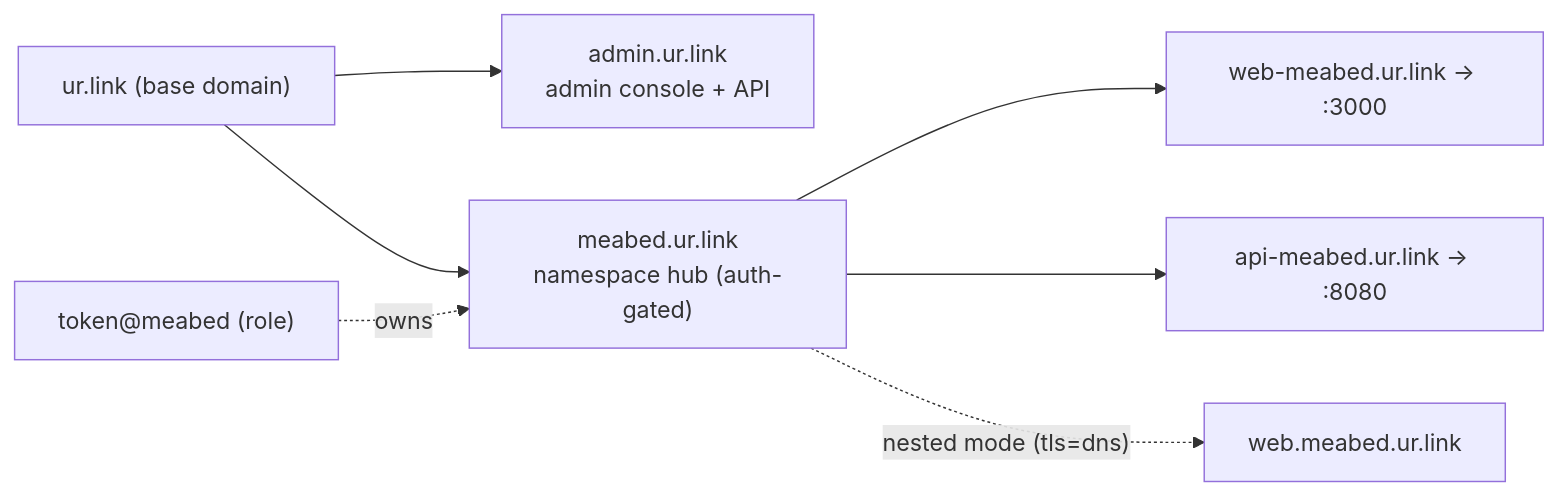
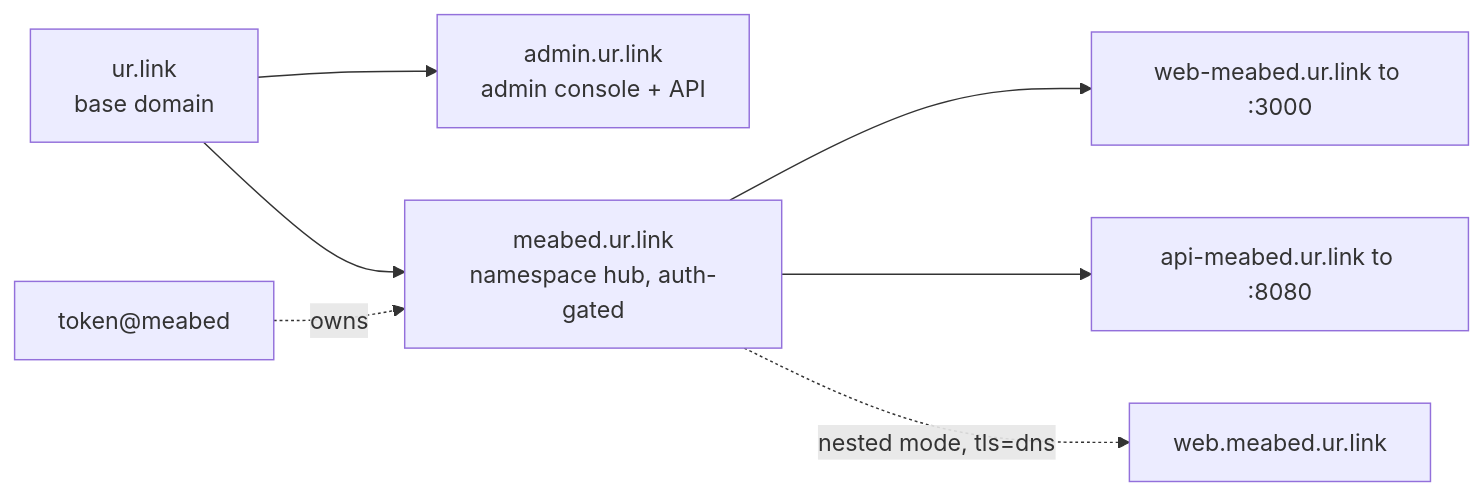
The diagram in docs/multi-tenant.md (ur-link/tunnel), drawn with Mermaid before and after one commit. The commit also changed 2 other files, not shown here.

Commit message:
docs: put one-command Get Started at top of README; fix all Mermaid
- README: 'Get started' (docker run server + npx expose) is now the first
  section after the tagline — copy-paste to running in two commands.
- Rewrote every Mermaid block with GitHub-safe syntax (dropped &lt;/&gt; entities,
  unicode arrows/minus/middot, and parenthetical subgraph/edge titles). All 8
  blocks now validate by rendering with mermaid-cli (mmdc).

````diff
--- a/docs/multi-tenant.md
+++ b/docs/multi-tenant.md
@@ -24,10 +24,10 @@
 ```mermaid
 flowchart LR
-  D["ur.link (base domain)"]
+  D["ur.link<br/>base domain"]
   D --> AD["admin.ur.link<br/>admin console + API"]
-  D --> HUB["meabed.ur.link<br/>namespace hub (auth-gated)"]
-  HUB --> S1["web-meabed.ur.link → :3000"]
-  HUB --> S2["api-meabed.ur.link → :8080"]
-  HUB -. "nested mode (tls=dns)" .-> N1["web.meabed.ur.link"]
-  T["token@meabed (role)"] -. owns .-> HUB
+  D --> HUB["meabed.ur.link<br/>namespace hub, auth-gated"]
+  HUB --> S1["web-meabed.ur.link to :3000"]
+  HUB --> S2["api-meabed.ur.link to :8080"]
+  HUB -. "nested mode, tls=dns" .-> N1["web.meabed.ur.link"]
+  T["token@meabed"] -. owns .-> HUB
 ```
````
